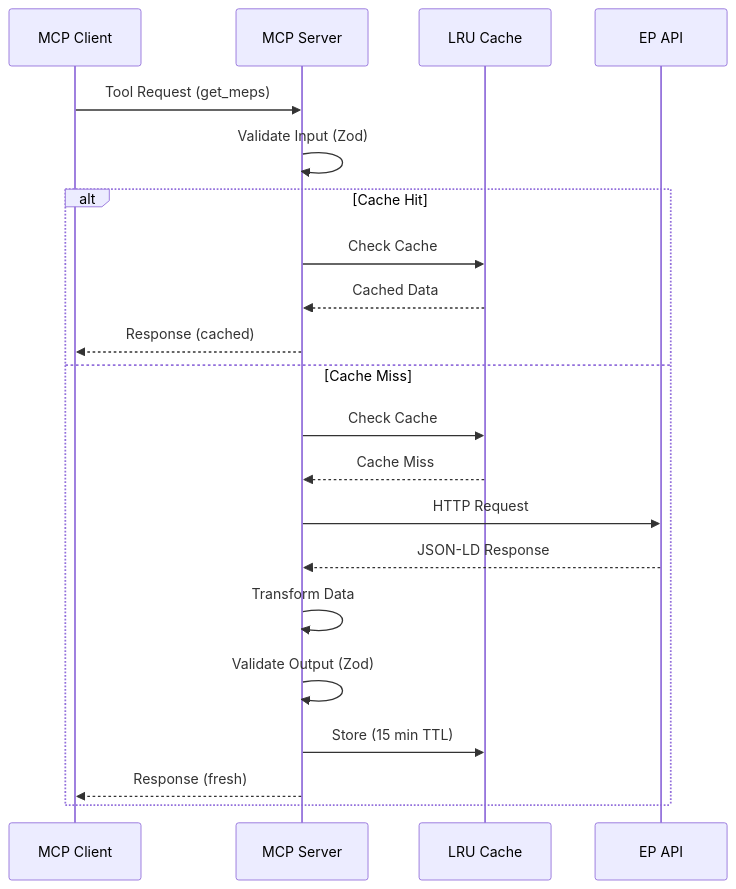
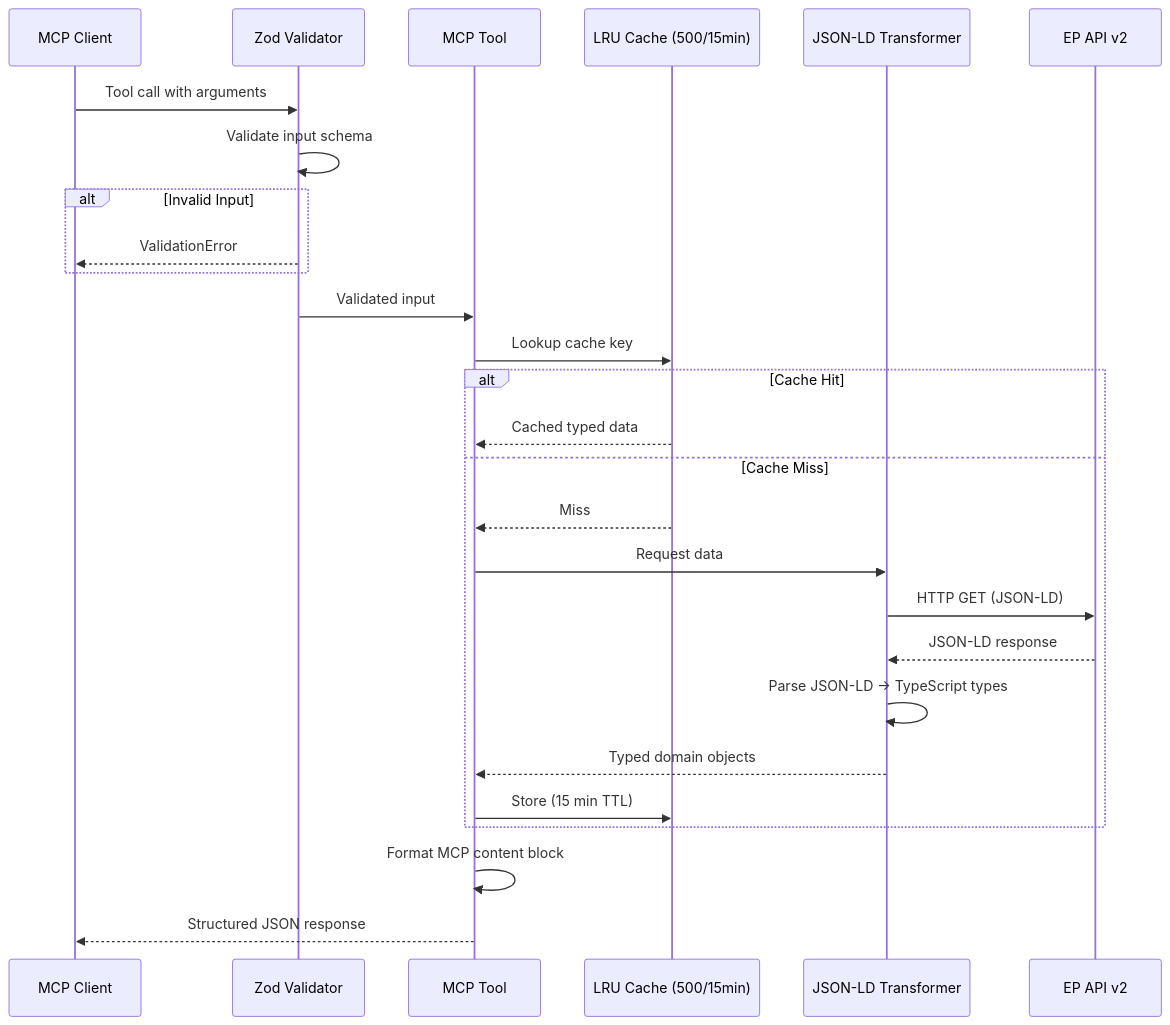
Before and after one commit to Hack23/European-Parliament-MCP-Server: diagram 12 of 13 in DATA_MODEL.md, drawn with Mermaid. The commit also changed other lines of this file and 3 other files, not shown here.

Commit message:
Update ARCHITECTURE.md, DATA_MODEL.md, FLOWCHART.md, MINDMAP.md with accurate system descriptions

````diff
--- a/DATA_MODEL.md
+++ b/DATA_MODEL.md
@@ -675,25 +888,32 @@
 ```mermaid
 sequenceDiagram
     participant Client as MCP Client
-    participant Server as MCP Server
-    participant Cache as LRU Cache
-    participant EP as EP API
-    
-    Client->>Server: Tool Request (get_meps)
-    Server->>Server: Validate Input (Zod)
-    
+    participant Zod as Zod Validator
+    participant Tool as MCP Tool
+    participant Cache as LRU Cache (500/15min)
+    participant Transform as JSON-LD Transformer
+    participant EP as EP API v2
+
+    Client->>Zod: Tool call with arguments
+    Zod->>Zod: Validate input schema
+    alt Invalid Input
+        Zod-->>Client: ValidationError
+    end
+    Zod->>Tool: Validated input
+
+    Tool->>Cache: Lookup cache key
     alt Cache Hit
-        Server->>Cache: Check Cache
-        Cache-->>Server: Cached Data
-        Server-->>Client: Response (cached)
+        Cache-->>Tool: Cached typed data
     else Cache Miss
-        Server->>Cache: Check Cache
-        Cache-->>Server: Cache Miss
-        Server->>EP: HTTP Request
-        EP-->>Server: JSON-LD Response
-        Server->>Server: Transform Data
-        Server->>Server: Validate Output (Zod)
-        Server->>Cache: Store (15 min TTL)
-        Server-->>Client: Response (fresh)
+        Cache-->>Tool: Miss
+        Tool->>Transform: Request data
+        Transform->>EP: HTTP GET (JSON-LD)
+        EP-->>Transform: JSON-LD response
+        Transform->>Transform: Parse JSON-LD → TypeScript types
+        Transform-->>Tool: Typed domain objects
+        Tool->>Cache: Store (15 min TTL)
     end
+
+    Tool->>Tool: Format MCP content block
+    Tool-->>Client: Structured JSON response
 ```
````
